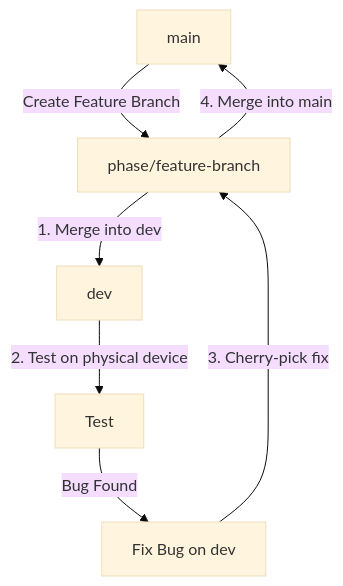
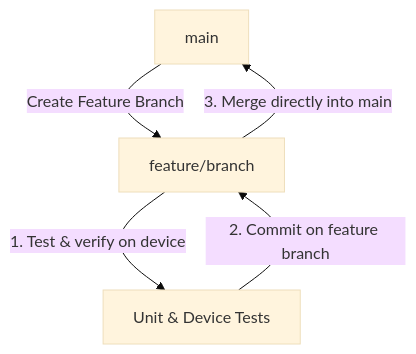
The diagram in git_workflow.md (clancydesilva/appace), drawn with Mermaid (base theme) before and after one commit. The commit also changed other lines of this file and 1 other file, not shown here.

Commit message:
[docs] simplify git workflow and remove dev branch

````diff
--- a/git_workflow.md
+++ b/git_workflow.md
@@ -17,9 +16,7 @@
 ```mermaid
 graph TD
-    M[main] -->|Create Feature Branch| FB[phase/feature-branch]
-    FB -->|1. Merge into dev| D[dev]
-    D -->|2. Test on physical device| T[Test]
-    T -->|Bug Found| B[Fix Bug on dev]
-    B -->|3. Cherry-pick fix| FB
-    FB -->|4. Merge into main| M
+    M[main] -->|Create Feature Branch| FB[feature/branch]
+    FB -->|1. Test & verify on device| T[Unit & Device Tests]
+    T -->|2. Commit on feature branch| FB
+    FB -->|3. Merge directly into main| M
 ```
````
